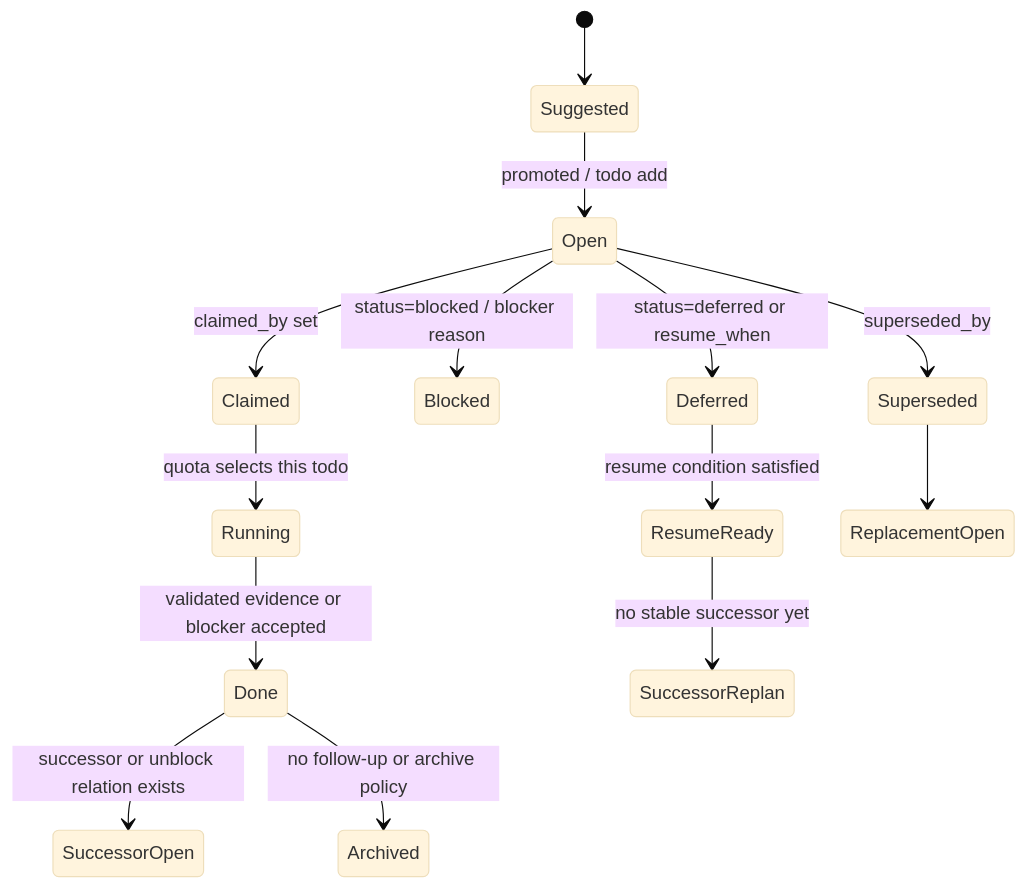
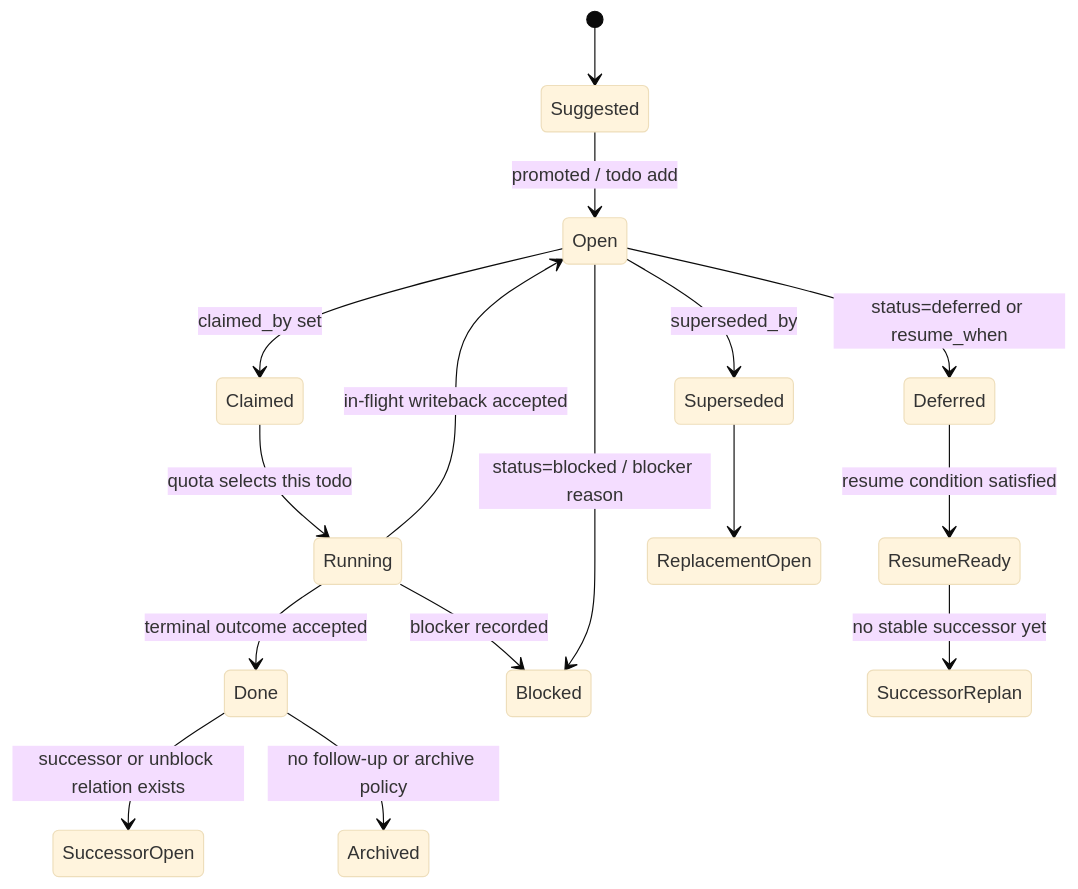
The second of 10 diagrams in docs/product/core-control-plane/state-machine.md (AronSwan/loopx), drawn with Mermaid (base theme) before and after one commit. The commit also changed other lines of this file and 17 other files, not shown here.

````diff
--- a/docs/product/core-control-plane/state-machine.md
+++ b/docs/product/core-control-plane/state-machine.md
@@ -95,16 +114,18 @@
 ```mermaid
 stateDiagram-v2
   [*] --> Suggested
   Suggested --> Open: promoted / todo add
   Open --> Claimed: claimed_by set
   Claimed --> Running: quota selects this todo
-  Running --> Done: validated evidence or blocker accepted
+  Running --> Done: terminal outcome accepted
+  Running --> Open: in-flight writeback accepted
+  Running --> Blocked: blocker recorded
   Done --> SuccessorOpen: successor or unblock relation exists
   Done --> Archived: no follow-up or archive policy
   Open --> Blocked: status=blocked / blocker reason
   Open --> Deferred: status=deferred or resume_when
   Deferred --> ResumeReady: resume condition satisfied
   ResumeReady --> SuccessorReplan: no stable successor yet
   Open --> Superseded: superseded_by
   Superseded --> ReplacementOpen
 ```
````
